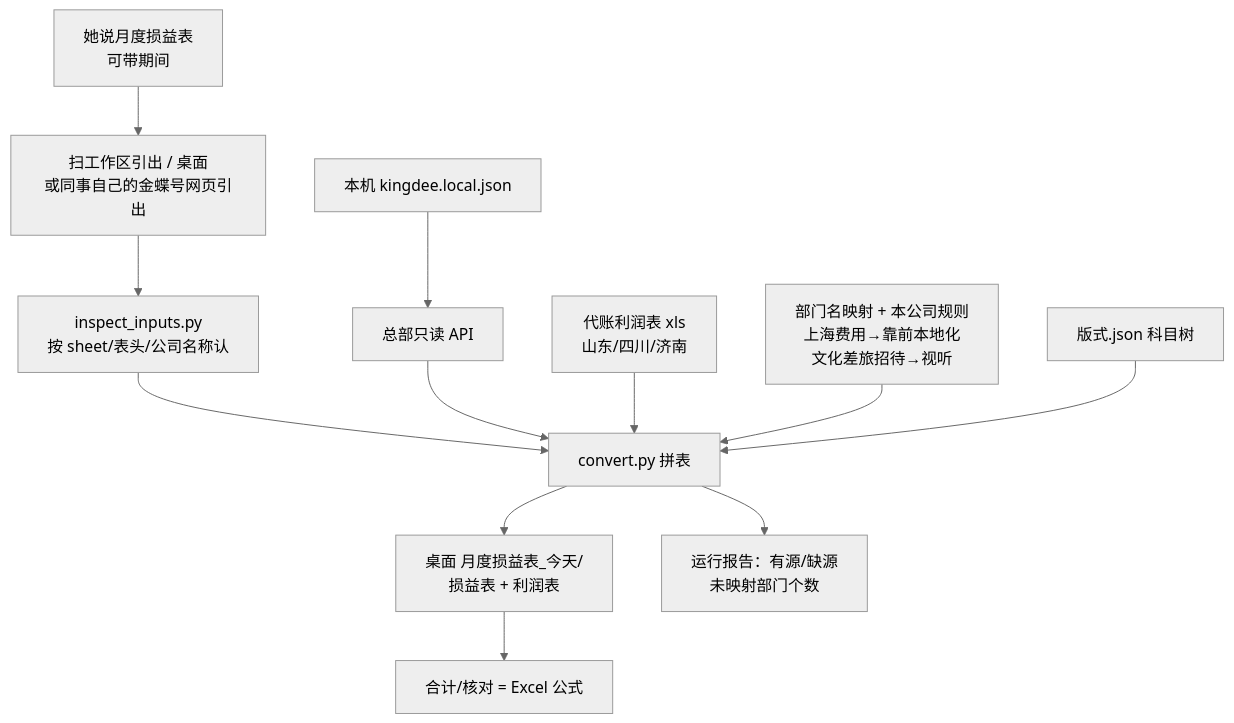
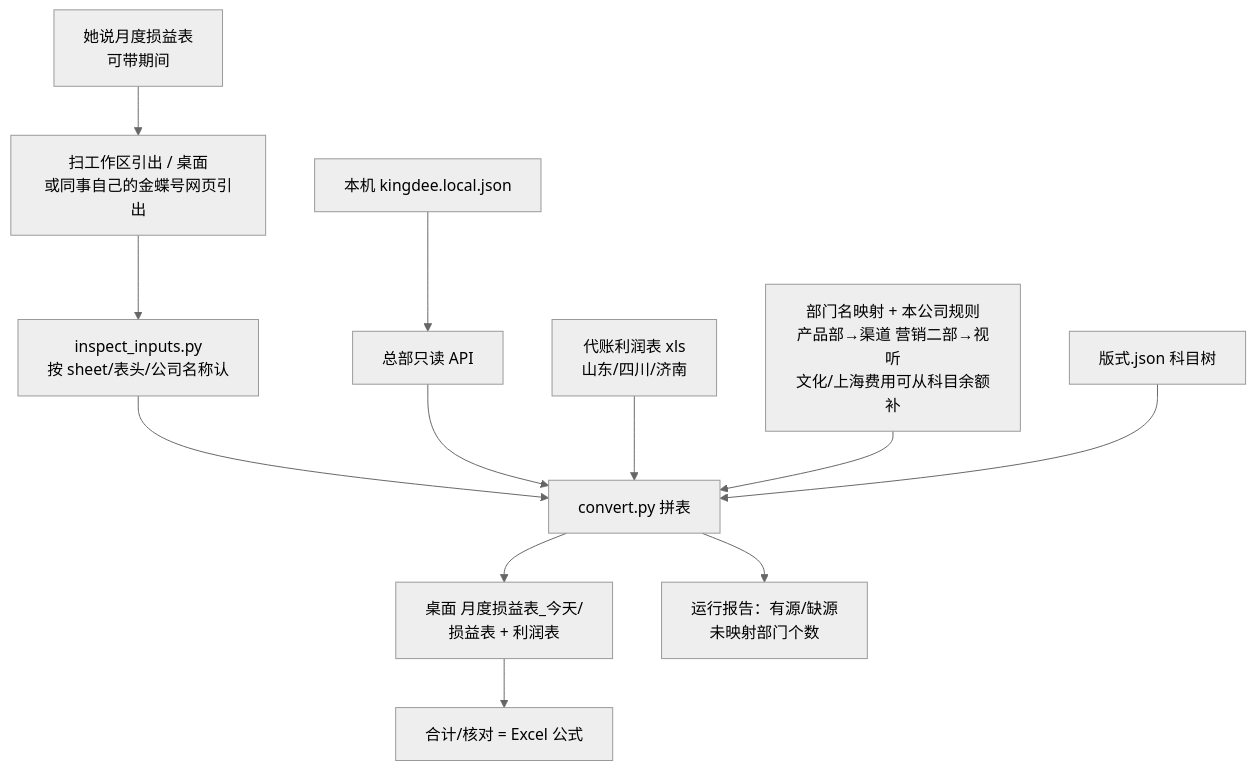
Before and after one commit to EvanLee2004/finance-skills: the diagram in skills/pl-dept-report/README.md, drawn with Mermaid (neutral theme). The commit also changed other lines of this file and 8 other files, not shown here.

````diff
--- a/skills/pl-dept-report/README.md
+++ b/skills/pl-dept-report/README.md
@@ -54,14 +54,14 @@
 ```mermaid
 flowchart TD
   IN["她说月度损益表<br/>可带期间"] --> FIND["扫工作区引出 / 桌面<br/>或同事自己的金蝶号网页引出"]
   FIND --> INS["inspect_inputs.py<br/>按 sheet/表头/公司名称认"]
   KEY["本机 kingdee.local.json"] --> API["总部只读 API"]
   INS --> MERGE["convert.py 拼表"]
   API --> MERGE
   OFF["代账利润表 xls<br/>山东/四川/济南"] --> MERGE
-  MAP["部门名映射 + 本公司规则<br/>上海费用→靠前本地化<br/>文化差旅招待→视听"] --> MERGE
+  MAP["部门名映射 + 本公司规则<br/>产品部→渠道 营销二部→视听<br/>文化/上海费用可从科目余额补"] --> MERGE
   LAY["版式.json 科目树"] --> MERGE
   MERGE --> X["桌面 月度损益表_今天/<br/>损益表 + 利润表"]
   MERGE --> R["运行报告：有源/缺源<br/>未映射部门个数"]
   X --> F["合计/核对 = Excel 公式"]
 ```
````
